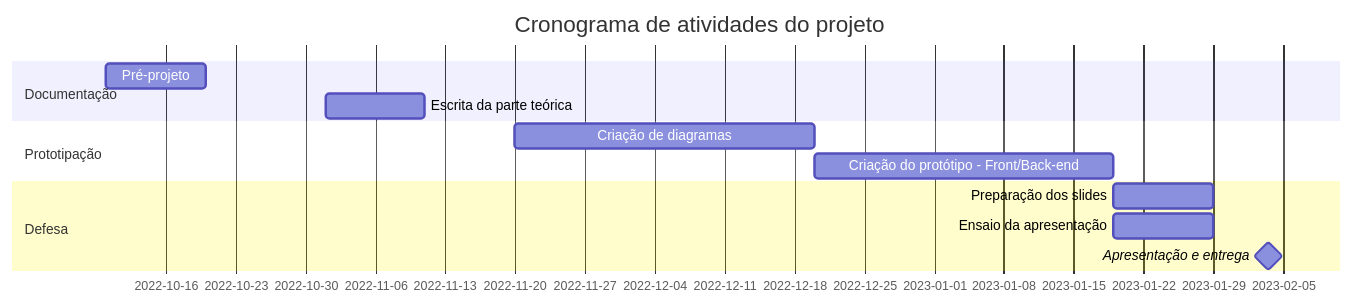
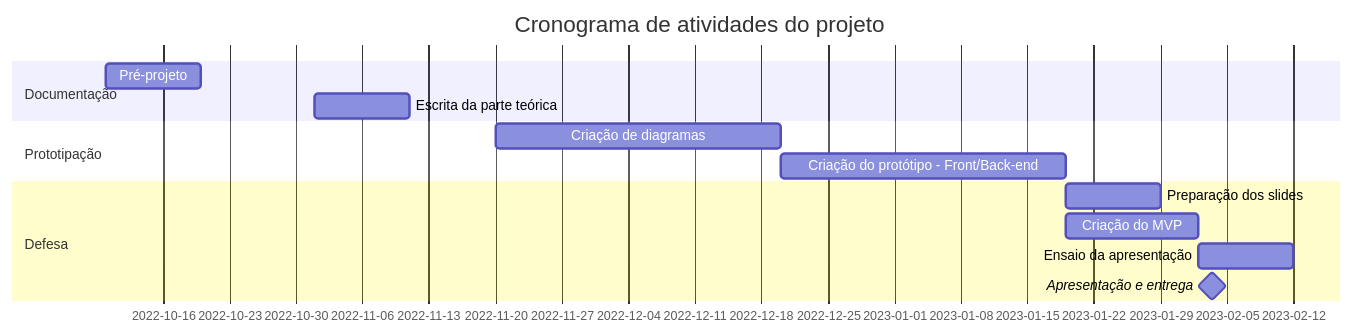
Before and after one commit to AgathaSena/Projeto-Integrador: the diagram in README.md, drawn with Mermaid.

````diff
--- a/README.md
+++ b/README.md
@@ -8,15 +8,16 @@
   ```mermaid
     gantt
     title Cronograma de atividades do projeto
     dateFormat  YYYY-MM-DD
     section Documentação
     Pré-projeto     :a1, 2022-10-10, 10d
     Escrita da parte teórica  :a2, 2022-11-01, 10d
     section Prototipação
     Criação de diagramas     :       c2,  2022-11-20, 30d
     Criação do protótipo - Front/Back-end      :c3,     after c2, 30d
     section Defesa
     Preparação dos slides :p1, after c3, 10d
-    Ensaio da apresentação :p2, after c3, 10d
+    Criação do MVP:p2, after c3, 14d
+    Ensaio da apresentação :p3, after p2, 10d
     Apresentação e entrega  :milestone, 2023-02-01, 5d
 ``` 
````
